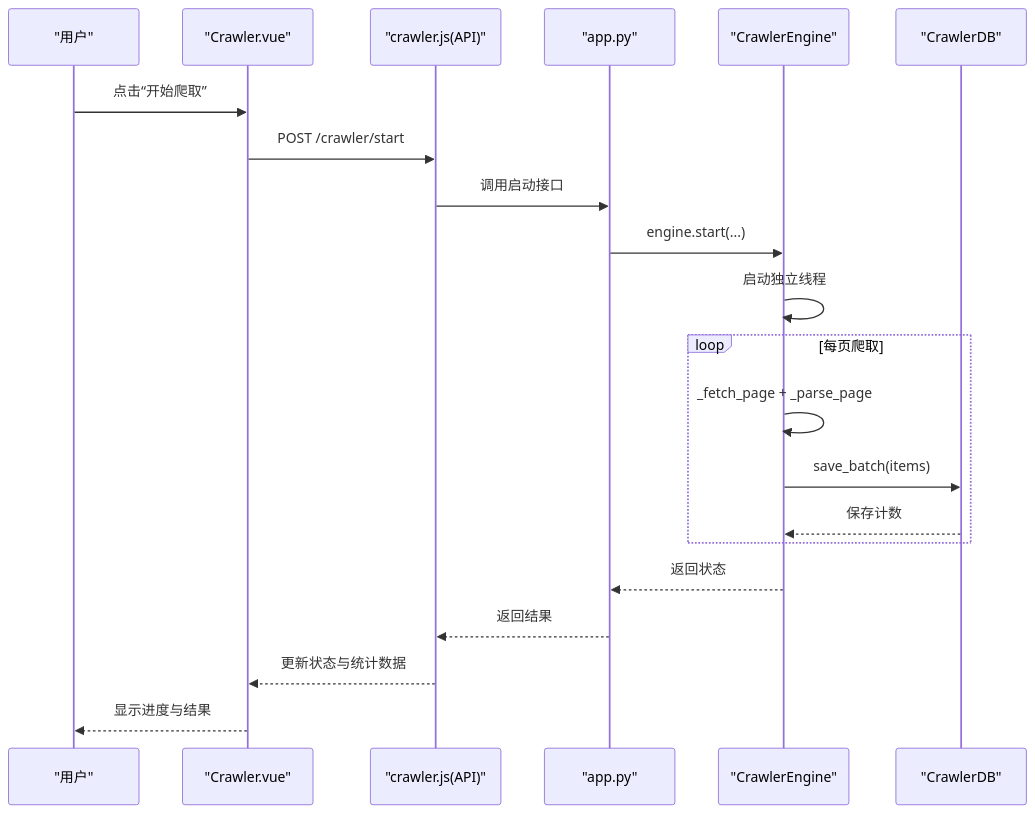
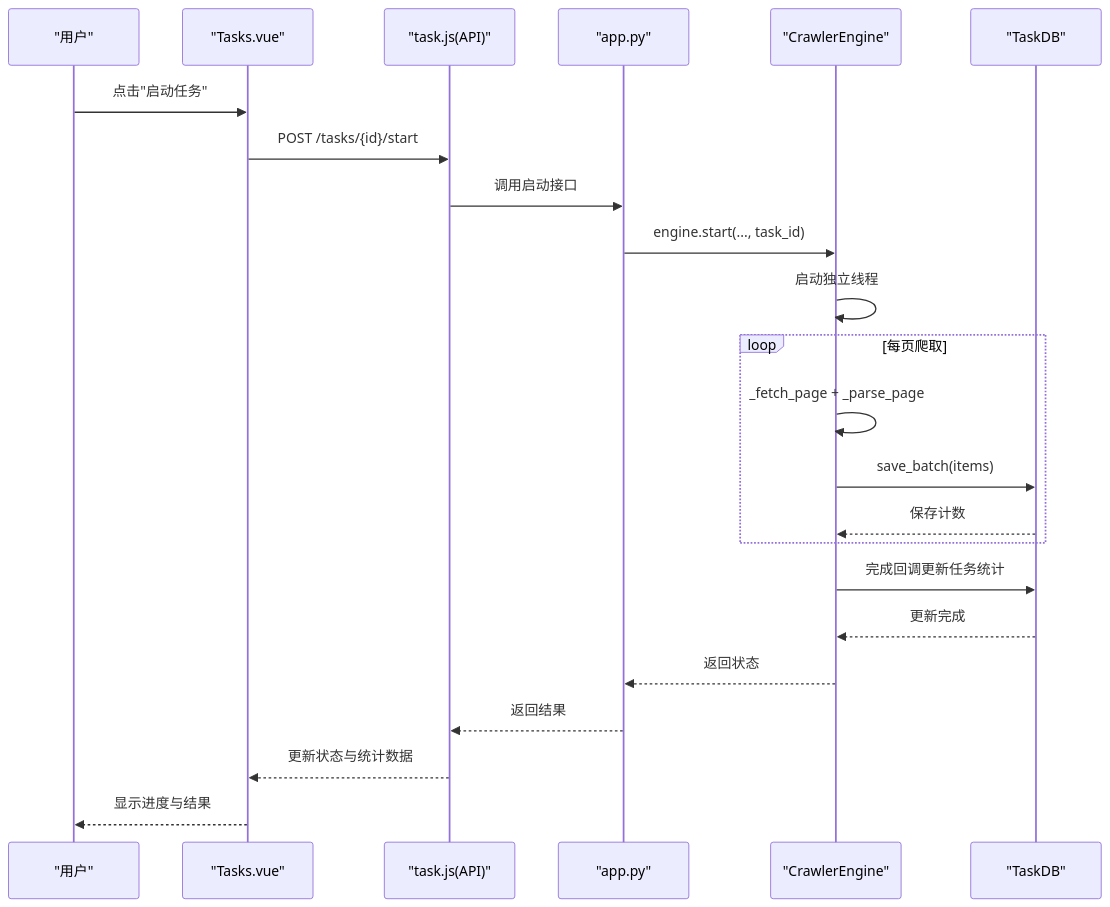
Before and after one commit to pxc12345/crawler-vue3: the fifth of 7 diagrams in .qoder/repowiki/zh/content/系统架构/后端架构/爬虫引擎集成.md, drawn with Mermaid. The commit also changed other lines of this file and 12 other files, not shown here.

````diff
--- a/.qoder/repowiki/zh/content/系统架构/后端架构/爬虫引擎集成.md
+++ b/.qoder/repowiki/zh/content/系统架构/后端架构/爬虫引擎集成.md
@@ -323,23 +353,25 @@
 ```mermaid
 sequenceDiagram
 participant User as "用户"
-participant View as "Crawler.vue"
-participant API as "crawler.js(API)"
+participant View as "Tasks.vue"
+participant API as "task.js(API)"
 participant Backend as "app.py"
 participant Engine as "CrawlerEngine"
-participant DB as "CrawlerDB"
-User->>View : 点击“开始爬取”
-View->>API : POST /crawler/start
+participant DB as "TaskDB"
+User->>View : 点击"启动任务"
+View->>API : POST /tasks/{id}/start
 API->>Backend : 调用启动接口
-Backend->>Engine : engine.start(...)
+Backend->>Engine : engine.start(..., task_id)
 Engine->>Engine : 启动独立线程
 loop 每页爬取
 Engine->>Engine : _fetch_page + _parse_page
 Engine->>DB : save_batch(items)
 DB-->>Engine : 保存计数
 end
+Engine->>DB : 完成回调更新任务统计
+DB-->>Engine : 更新完成
 Engine-->>Backend : 返回状态
 Backend-->>API : 返回结果
 API-->>View : 更新状态与统计数据
 View-->>User : 显示进度与结果
 ```
````
